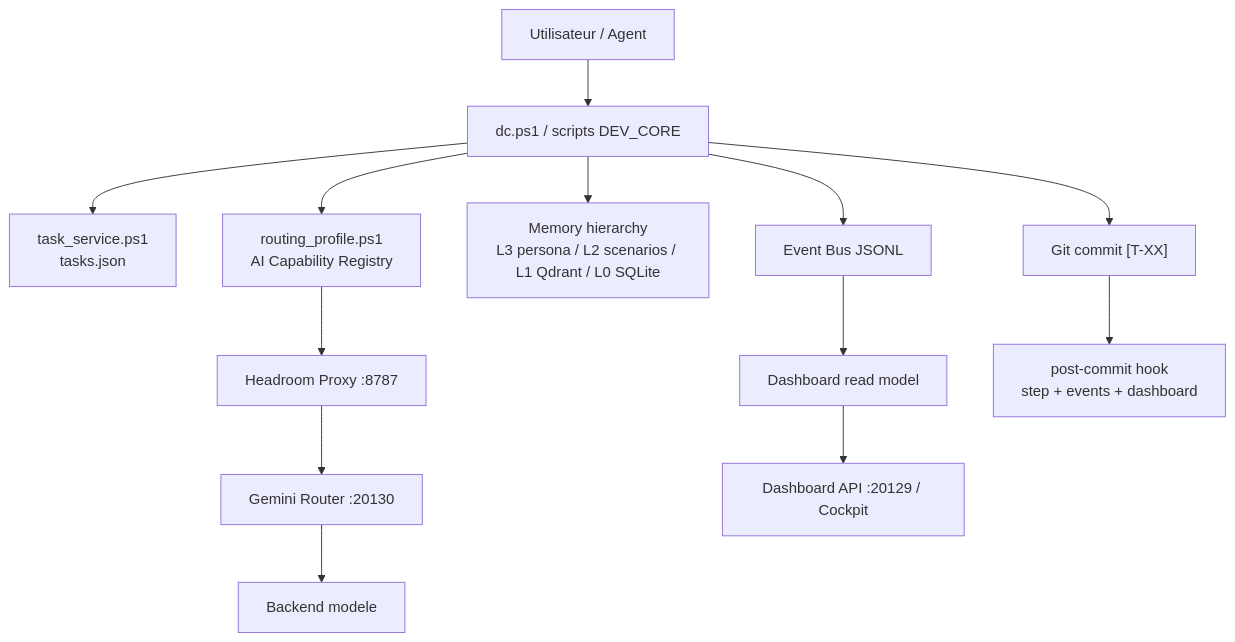
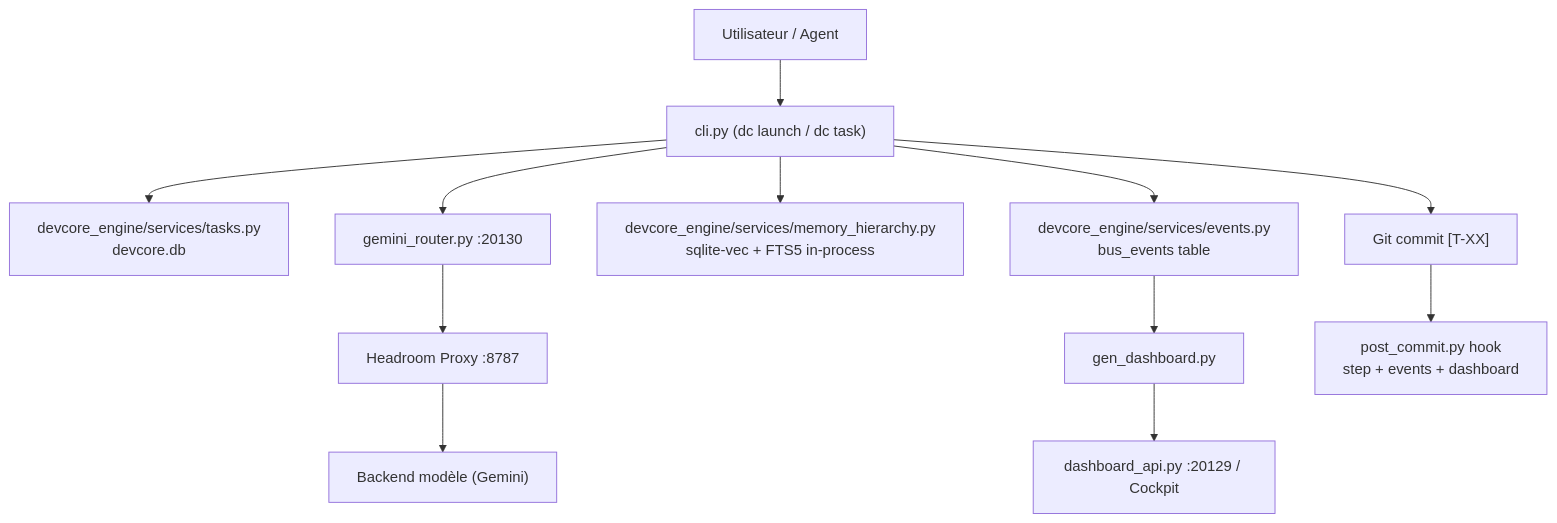
One commit to trabelssi38/devcore changed the diagram in DEV_CORE/docs/SYSTEM_OVERVIEW.md. Above: the diagram before and after it, drawn with Mermaid. The commit also changed other lines of this file and 48 other files, not shown here.

Commit message:
feat: migrate to unified sqlite-vec engine & remove Docker [T-288]

````diff
--- a/DEV_CORE/docs/SYSTEM_OVERVIEW.md
+++ b/DEV_CORE/docs/SYSTEM_OVERVIEW.md
@@ -46,15 +45,14 @@
 ```mermaid
 flowchart TD
-  U["Utilisateur / Agent"] --> DC["dc.ps1 / scripts DEV_CORE"]
-  DC --> TASK["task_service.ps1<br/>tasks.json"]
-  DC --> ROUTE["routing_profile.ps1<br/>AI Capability Registry"]
+  U["Utilisateur / Agent"] --> DC["cli.py (dc launch / dc task)"]
+  DC --> TASK["devcore_engine/services/tasks.py<br/>devcore.db"]
+  DC --> ROUTE["gemini_router.py :20130"]
   ROUTE --> HEADROOM["Headroom Proxy :8787"]
-  HEADROOM --> GEMINI["Gemini Router :20130"]
-  GEMINI --> MODEL["Backend modele"]
-  DC --> MEM["Memory hierarchy<br/>L3 persona / L2 scenarios / L1 Qdrant / L0 SQLite"]
-  DC --> BUS["Event Bus JSONL"]
-  BUS --> READ["Dashboard read model"]
-  READ --> COCKPIT["Dashboard API :20129 / Cockpit"]
+  HEADROOM --> MODEL["Backend modèle (Gemini)"]
+  DC --> MEM["devcore_engine/services/memory_hierarchy.py<br/>sqlite-vec + FTS5 in-process"]
+  DC --> BUS["devcore_engine/services/events.py<br/>bus_events table"]
+  BUS --> READ["gen_dashboard.py"]
+  READ --> COCKPIT["dashboard_api.py :20129 / Cockpit"]
   DC --> GIT["Git commit [T-XX]"]
-  GIT --> HOOK["post-commit hook<br/>step + events + dashboard"]
+  GIT --> HOOK["post_commit.py hook<br/>step + events + dashboard"]
 ```
````
